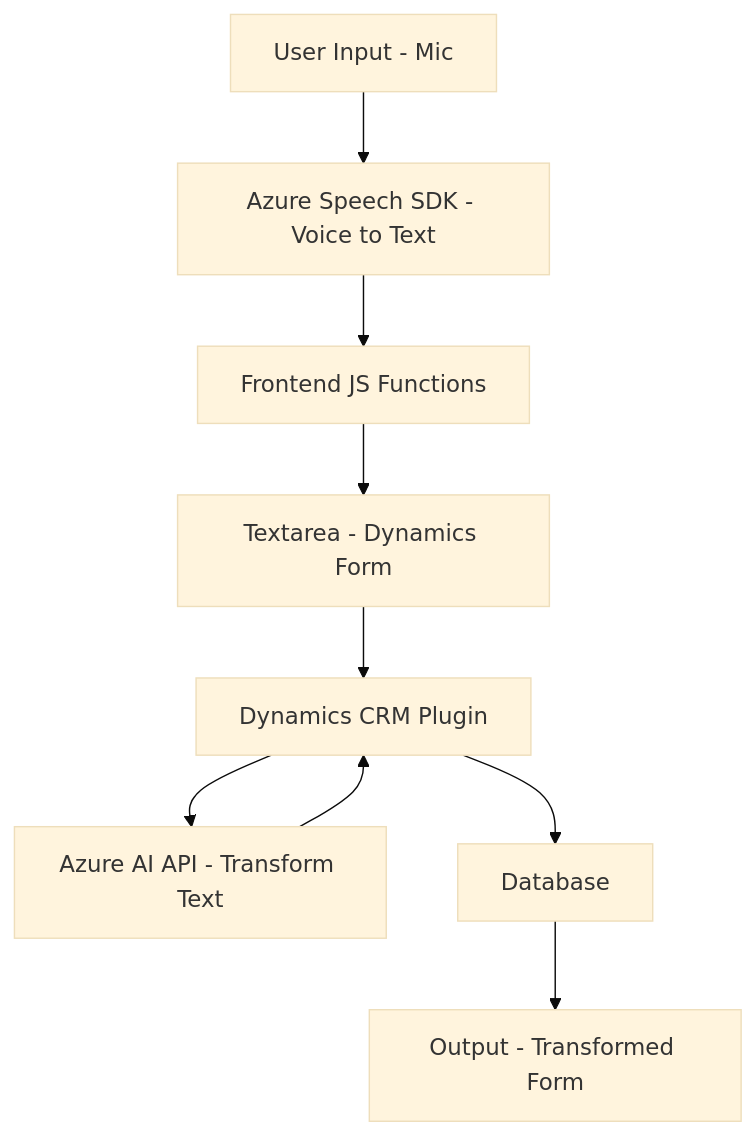
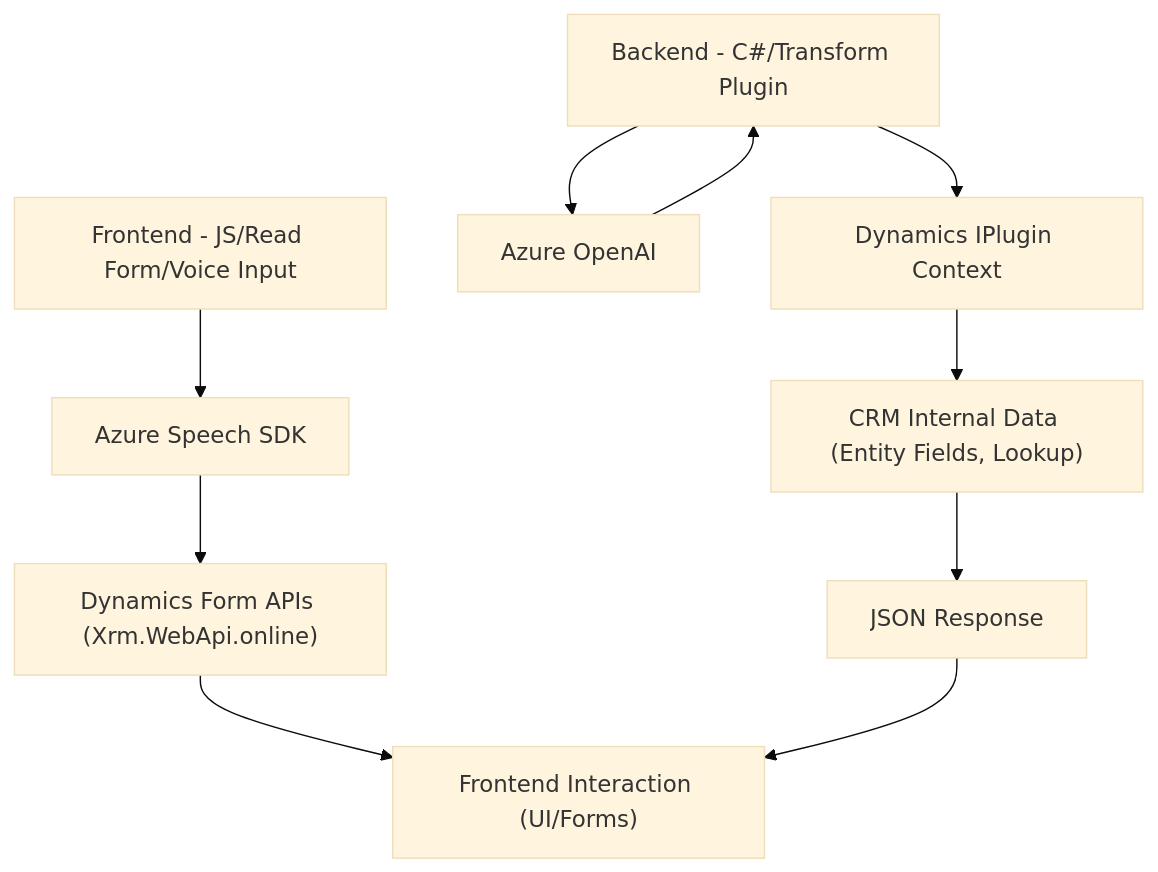
The diagram in README.md (blopezdm/NETCORE_BILBAO2025), drawn with Mermaid (base theme) before and after one commit. The commit also changed other lines of this file, not shown here.

````diff
--- a/README.md
+++ b/README.md
@@ -48,20 +44,13 @@
 ```mermaid
 graph TD
-    A["User Input - Mic"]
-    B["Azure Speech SDK - Voice to Text"]
-    C["Textarea - Dynamics Form"]
-    D["Frontend JS Functions"]
-    E["Azure AI API - Transform Text"]
-    F["Dynamics CRM Plugin"]
-    G["Database"]
-    H["Output - Transformed Form"]
-
-    A --> B
-    B --> D
-    D --> C
-    C --> F
+    A["Frontend - JS/Read Form/Voice Input"] --> B["Azure Speech SDK"]
+    B --> C["Dynamics Form APIs (Xrm.WebApi.online)"]
+    C --> D["Frontend Interaction (UI/Forms)"]
+    
+    E["Backend - C#/Transform Plugin"] --> F["Azure OpenAI"]
     F --> E
-    E --> F
-    F --> G
-    G --> H
+    E --> G["Dynamics IPlugin Context"]
+    G --> H["CRM Internal Data (Entity Fields, Lookup)"]
+    H --> I["JSON Response"]
+    I --> D
 ```
````
